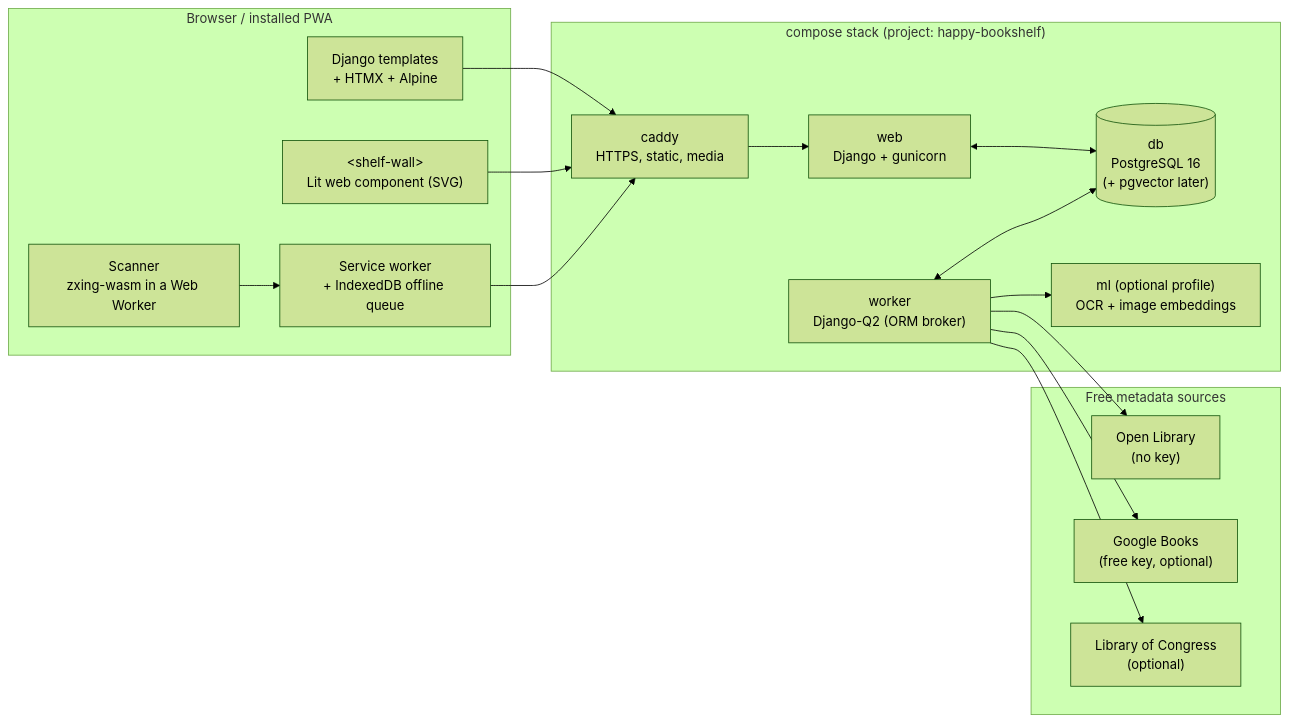
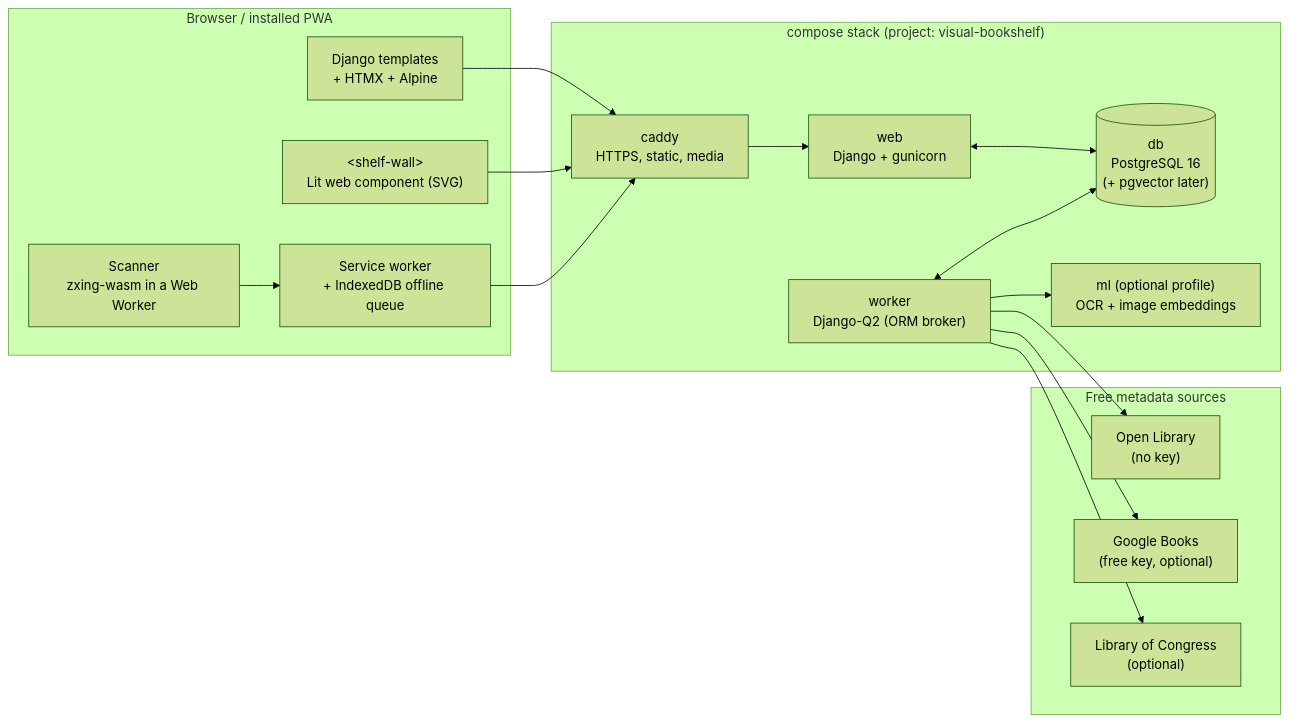
One commit to findingzen/visual-bookshelf changed the diagram in docs/ARCHITECTURE.md. Above: the diagram before and after it, drawn with Mermaid (forest theme). The commit also changed other lines of this file and 9 other files, not shown here.

Commit message:
refactor: rename project to visual-bookshelf (ADR 0010)

````diff
--- a/docs/ARCHITECTURE.md
+++ b/docs/ARCHITECTURE.md
@@ -34,32 +34,32 @@
 ```mermaid
 flowchart LR
   subgraph Client["Browser / installed PWA"]
     UI["Django templates\n+ HTMX + Alpine"]
     Shelf["&lt;shelf-wall&gt;\nLit web component (SVG)"]
     Scan["Scanner\nzxing-wasm in a Web Worker"]
     SW["Service worker\n+ IndexedDB offline queue"]
   end
 
-  subgraph Compose["compose stack (project: happy-bookshelf)"]
+  subgraph Compose["compose stack (project: visual-bookshelf)"]
     Caddy["caddy\nHTTPS, static, media"]
     Web["web\nDjango + gunicorn"]
     Worker["worker\nDjango-Q2 (ORM broker)"]
     DB[("db\nPostgreSQL 16\n(+ pgvector later)")]
     ML["ml (optional profile)\nOCR + image embeddings"]
   end
 
   subgraph Sources["Free metadata sources"]
     OL["Open Library\n(no key)"]
     GB["Google Books\n(free key, optional)"]
     LOC["Library of Congress\n(optional)"]
   end
 
   UI --> Caddy
   Shelf --> Caddy
   Scan --> SW --> Caddy
   Caddy --> Web
   Web <--> DB
   Worker <--> DB
   Worker --> OL & GB & LOC
   Worker --> ML
 ```
````
